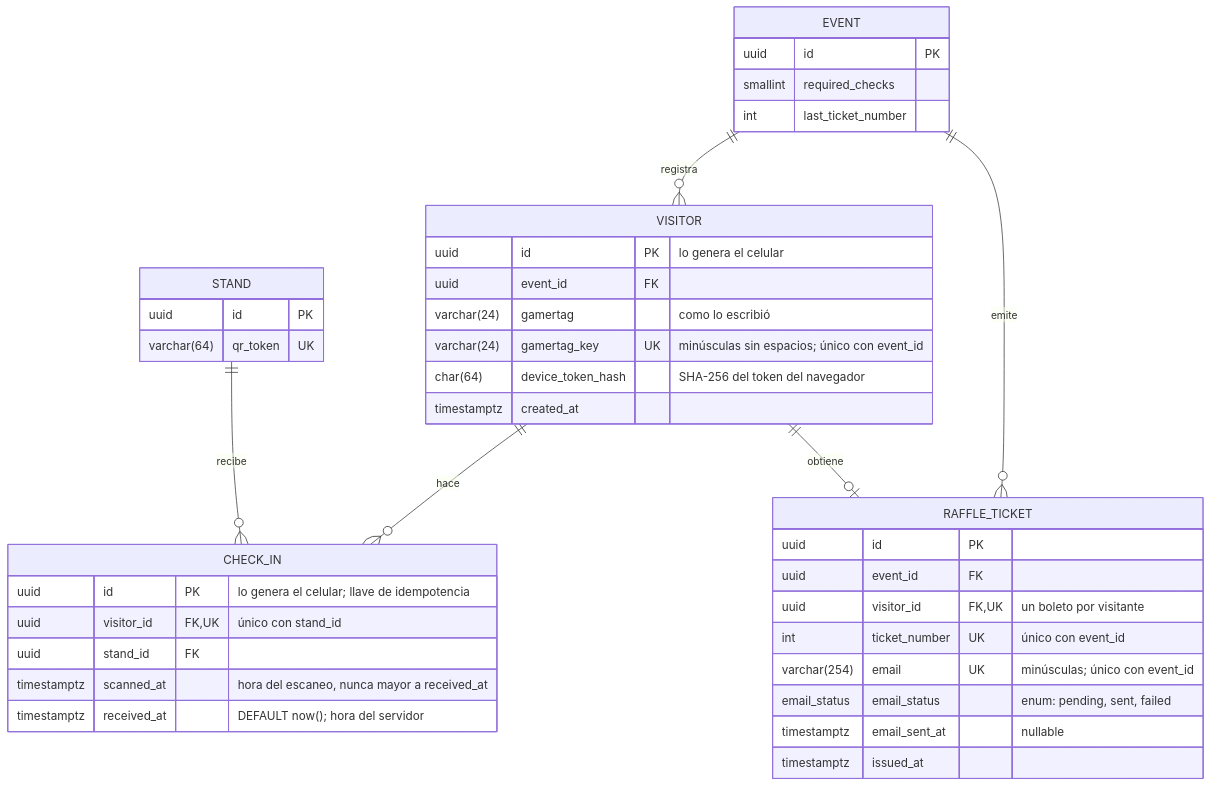
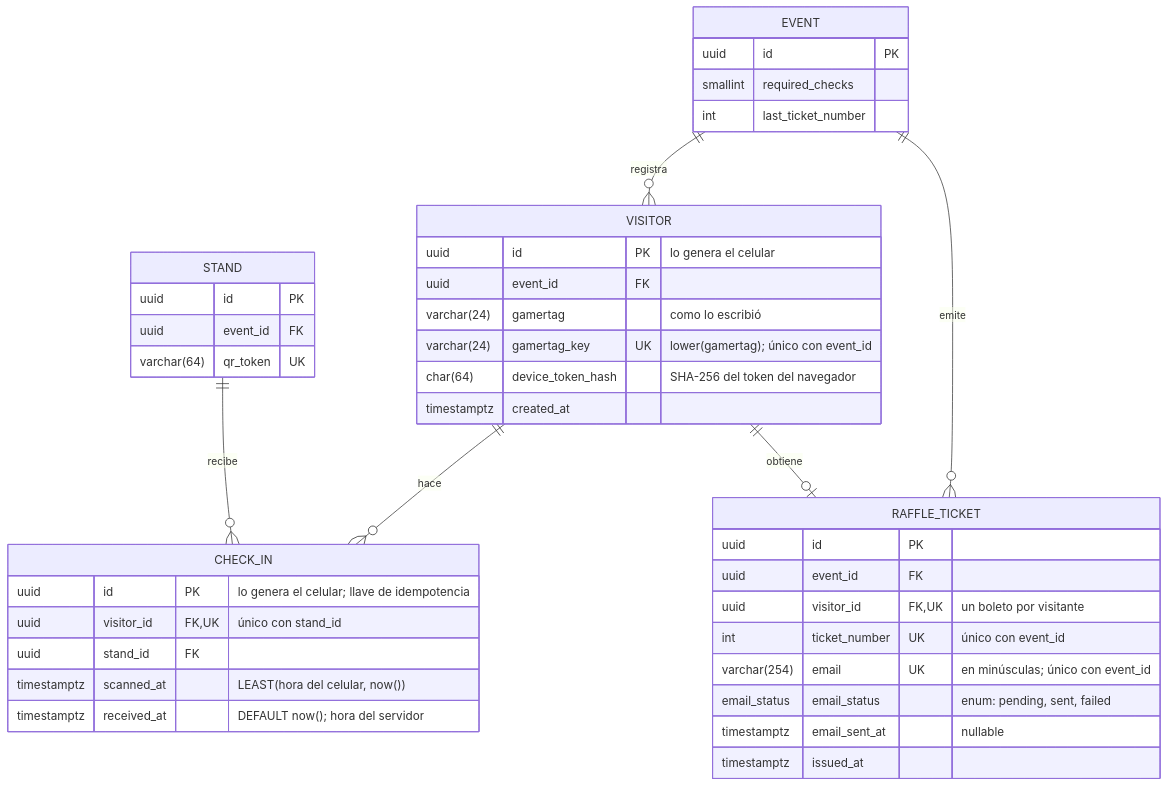
The third of 3 diagrams in docs/data-model.md (ikabeee/ut-e3), drawn with Mermaid before and after one commit. The commit also changed other lines of this file, not shown here.

First line of the commit message:
docs(database): aplicar la revisión del modelo de datos

````diff
--- a/docs/data-model.md
+++ b/docs/data-model.md
@@ -180,43 +179,44 @@
 ```mermaid
 erDiagram
     VISITOR {
         uuid id PK "lo genera el celular"
         uuid event_id FK
         varchar(24) gamertag "como lo escribió"
-        varchar(24) gamertag_key UK "minúsculas sin espacios; único con event_id"
+        varchar(24) gamertag_key UK "lower(gamertag); único con event_id"
         char(64) device_token_hash "SHA-256 del token del navegador"
         timestamptz created_at
     }
     CHECK_IN {
         uuid id PK "lo genera el celular; llave de idempotencia"
         uuid visitor_id FK, UK "único con stand_id"
         uuid stand_id FK
-        timestamptz scanned_at "hora del escaneo, nunca mayor a received_at"
+        timestamptz scanned_at "LEAST(hora del celular, now())"
         timestamptz received_at "DEFAULT now(); hora del servidor"
     }
     RAFFLE_TICKET {
         uuid id PK
         uuid event_id FK
         uuid visitor_id FK, UK "un boleto por visitante"
         int ticket_number UK "único con event_id"
-        varchar(254) email UK "minúsculas; único con event_id"
+        varchar(254) email UK "en minúsculas; único con event_id"
         email_status email_status "enum: pending, sent, failed"
         timestamptz email_sent_at "nullable"
         timestamptz issued_at
     }
     STAND {
         uuid id PK
+        uuid event_id FK
         varchar(64) qr_token UK
     }
     EVENT {
         uuid id PK
         smallint required_checks
         int last_ticket_number
     }
 
     EVENT ||--o{ VISITOR : "registra"
     EVENT ||--o{ RAFFLE_TICKET : "emite"
     VISITOR ||--o{ CHECK_IN : "hace"
     STAND ||--o{ CHECK_IN : "recibe"
     VISITOR ||--o| RAFFLE_TICKET : "obtiene"
 ```
````
